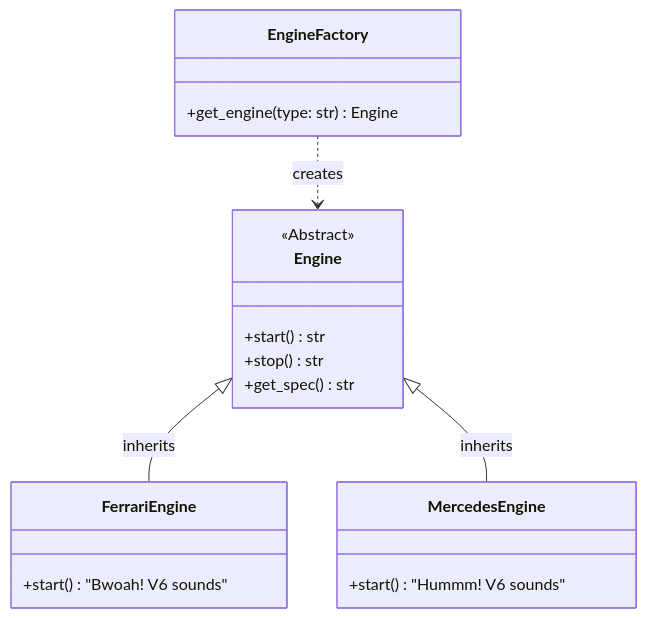
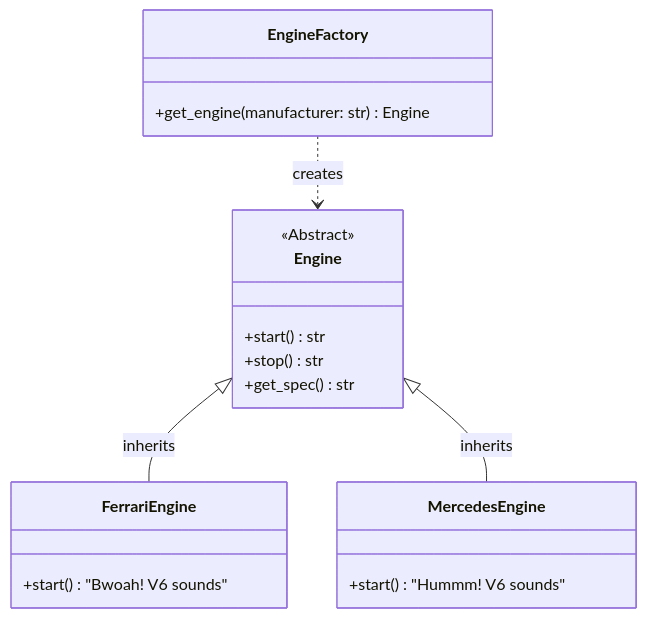
The first of 2 diagrams in 01-Design-Patterns/01-Creational/Factory/python/README.md (06luki06/F1-Engineering-Lab), drawn with Mermaid before and after one commit. The commit also changed other lines of this file and 1 other file, not shown here.

Commit message:
Update README and tests: rename engine factory method parameter for clarity and verify engine type in tests

````diff
--- a/01-Design-Patterns/01-Creational/Factory/python/README.md
+++ b/01-Design-Patterns/01-Creational/Factory/python/README.md
@@ -53,29 +53,29 @@
 ```mermaid
 classDiagram
     %% Abstract Product
     class Engine {
         <<Abstract>>
         +start() str
         +stop() str
         +get_spec() str
     }
 
     %% Concrete Products
     class FerrariEngine {
         +start() "Bwoah! V6 sounds"
     }
     class MercedesEngine {
         +start() "Hummm! V6 sounds"
     }
 
     %% Relationships
     Engine <|-- FerrariEngine : inherits
     Engine <|-- MercedesEngine : inherits
 
     %% Factory
     class EngineFactory {
-        +get_engine(type: str) Engine
+        +get_engine(manufacturer: str) Engine
     }
     
     EngineFactory ..> Engine : creates
 ```
````
